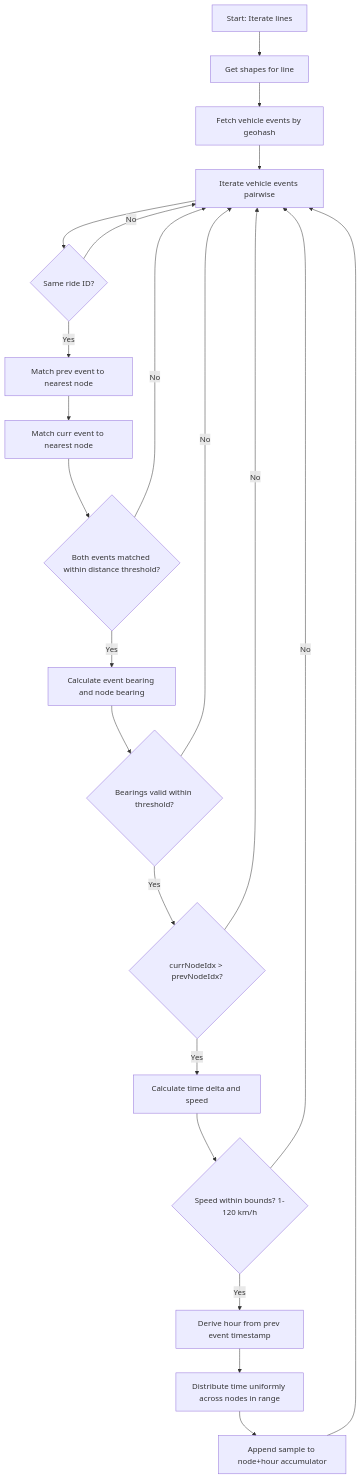
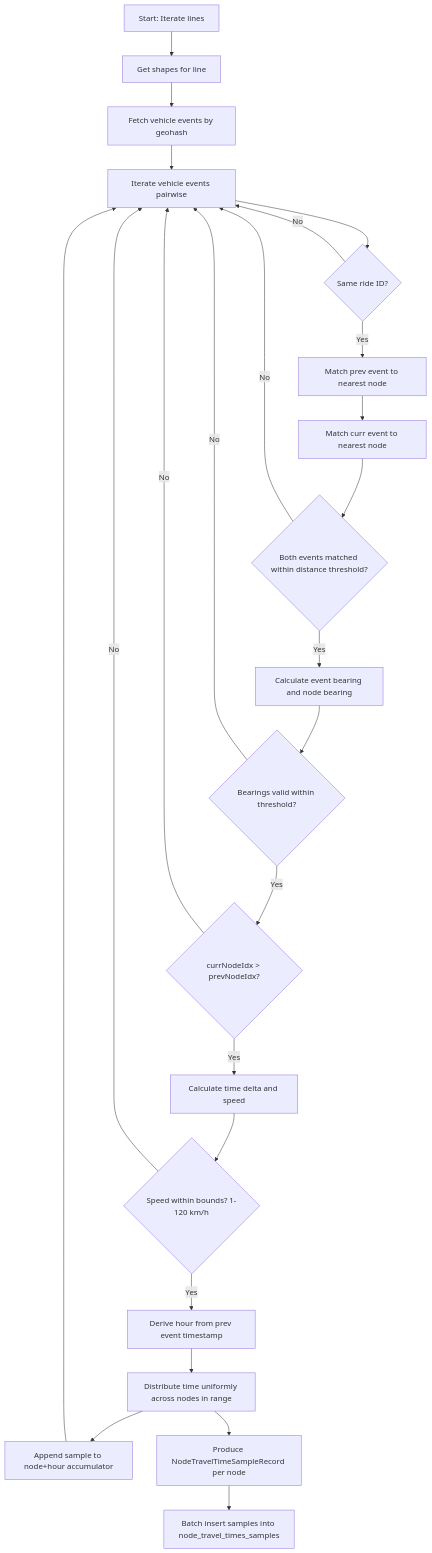
One commit to tmlmobilidade/eta changed the first of 3 diagrams in modules/2. segment-travel-times-go/README.md. Above: the diagram before and after it, drawn with Mermaid. The commit also changed other lines of this file and 7 other files, not shown here.

````diff
--- a/modules/2. segment-travel-times-go/README.md
+++ b/modules/2. segment-travel-times-go/README.md
@@ -46,24 +47,26 @@
 ```mermaid
 flowchart TD
     A[Start: Iterate lines] --> B[Get shapes for line]
     B --> B2[Fetch vehicle events by geohash]
     B2 --> C[Iterate vehicle events pairwise]
     C --> D{Same ride ID?}
     D -- No --> C
     D -- Yes --> E[Match prev event to nearest node]
     E --> F[Match curr event to nearest node]
     F --> G{Both events matched within distance threshold?}
     G -- No --> C
     G -- Yes --> H[Calculate event bearing and node bearing]
     H --> I{Bearings valid within threshold?}
     I -- No --> C
     I -- Yes --> J{currNodeIdx > prevNodeIdx?}
     J -- No --> C
     J -- Yes --> K[Calculate time delta and speed]
     K --> L{Speed within bounds? 1-120 km/h}
     L -- No --> C
     L -- Yes --> M[Derive hour from prev event timestamp]
     M --> N[Distribute time uniformly across nodes in range]
     N --> O[Append sample to node+hour accumulator]
+    N --> P[Produce NodeTravelTimeSampleRecord per node]
     O --> C
+    P --> Q[Batch insert samples into node_travel_times_samples]
 ```
````
